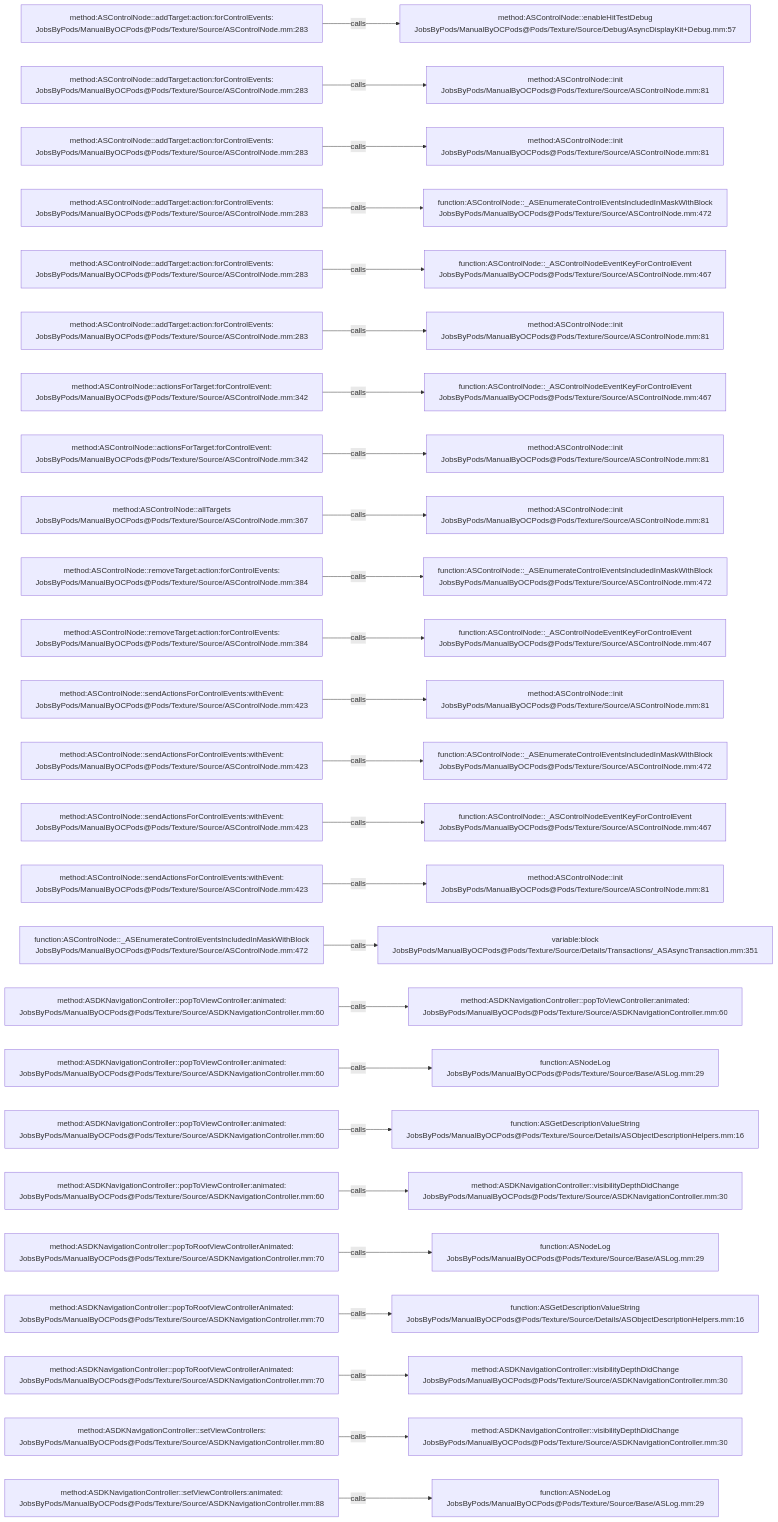
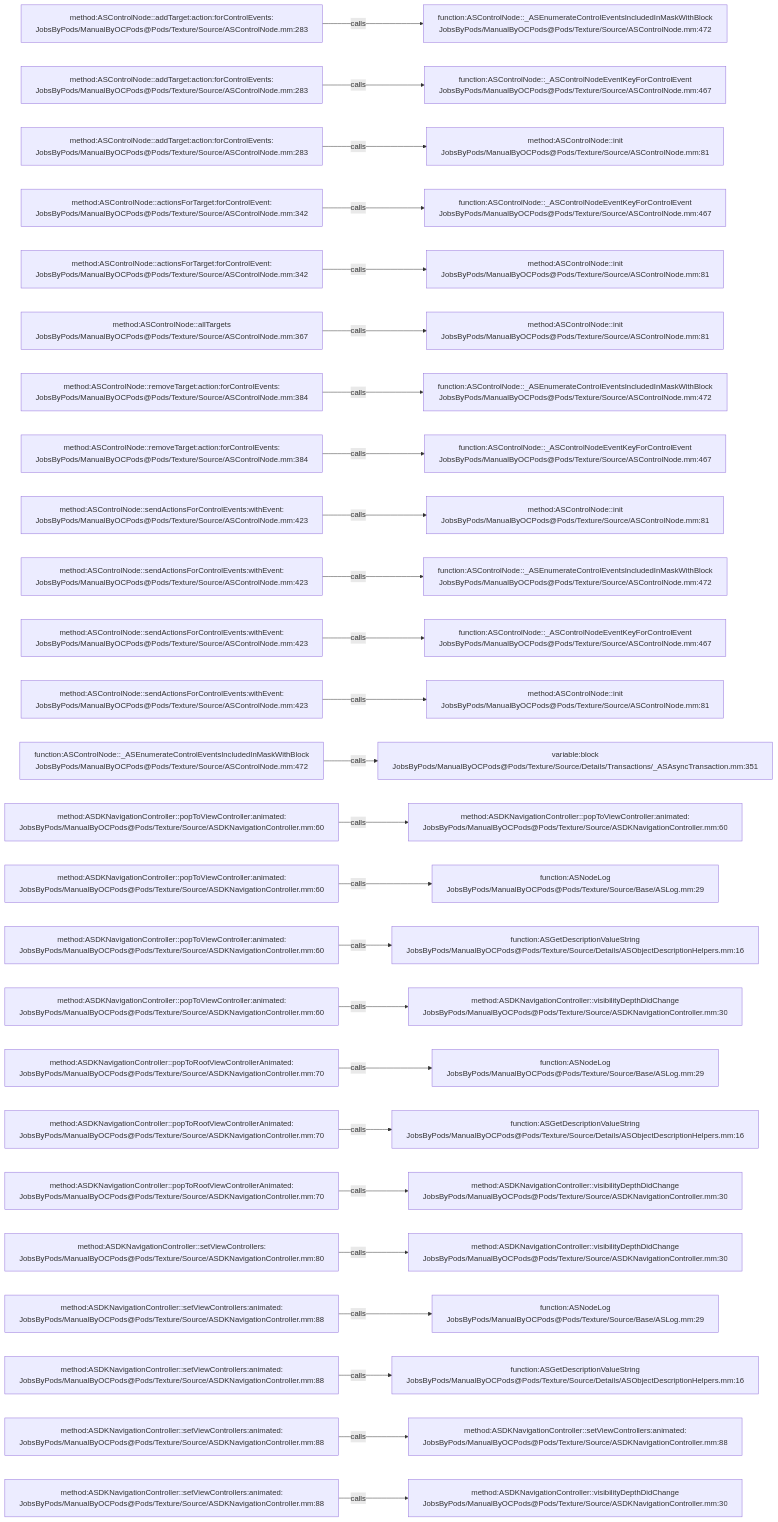
Before and after one commit to JobsKits/JobsOCBaseConfigDemo: the diagram in .codegraph/codegraph.md/graphs/calls-089.md, drawn with Mermaid. The commit also changed 342 other files, not shown here.

````diff
--- a/.codegraph/codegraph.md/graphs/calls-089.md
+++ b/.codegraph/codegraph.md/graphs/calls-089.md
@@ -13,78 +13,78 @@
 ```mermaid
 flowchart LR
   S1["method:ASControlNode::addTarget:action:forControlEvents:<br/>JobsByPods/ManualByOCPods@Pods/Texture/Source/ASControlNode.mm:283"]
-  T1["method:ASControlNode::enableHitTestDebug<br/>JobsByPods/ManualByOCPods@Pods/Texture/Source/Debug/AsyncDisplayKit+Debug.mm:57"]
+  T1["function:ASControlNode::_ASEnumerateControlEventsIncludedInMaskWithBlock<br/>JobsByPods/ManualByOCPods@Pods/Texture/Source/ASControlNode.mm:472"]
   S1 -->|calls| T1
   S2["method:ASControlNode::addTarget:action:forControlEvents:<br/>JobsByPods/ManualByOCPods@Pods/Texture/Source/ASControlNode.mm:283"]
-  T2["method:ASControlNode::init<br/>JobsByPods/ManualByOCPods@Pods/Texture/Source/ASControlNode.mm:81"]
+  T2["function:ASControlNode::_ASControlNodeEventKeyForControlEvent<br/>JobsByPods/ManualByOCPods@Pods/Texture/Source/ASControlNode.mm:467"]
   S2 -->|calls| T2
   S3["method:ASControlNode::addTarget:action:forControlEvents:<br/>JobsByPods/ManualByOCPods@Pods/Texture/Source/ASControlNode.mm:283"]
   T3["method:ASControlNode::init<br/>JobsByPods/ManualByOCPods@Pods/Texture/Source/ASControlNode.mm:81"]
   S3 -->|calls| T3
-  S4["method:ASControlNode::addTarget:action:forControlEvents:<br/>JobsByPods/ManualByOCPods@Pods/Texture/Source/ASControlNode.mm:283"]
-  T4["function:ASControlNode::_ASEnumerateControlEventsIncludedInMaskWithBlock<br/>JobsByPods/ManualByOCPods@Pods/Texture/Source/ASControlNode.mm:472"]
+  S4["method:ASControlNode::actionsForTarget:forControlEvent:<br/>JobsByPods/ManualByOCPods@Pods/Texture/Source/ASControlNode.mm:342"]
+  T4["function:ASControlNode::_ASControlNodeEventKeyForControlEvent<br/>JobsByPods/ManualByOCPods@Pods/Texture/Source/ASControlNode.mm:467"]
   S4 -->|calls| T4
-  S5["method:ASControlNode::addTarget:action:forControlEvents:<br/>JobsByPods/ManualByOCPods@Pods/Texture/Source/ASControlNode.mm:283"]
-  T5["function:ASControlNode::_ASControlNodeEventKeyForControlEvent<br/>JobsByPods/ManualByOCPods@Pods/Texture/Source/ASControlNode.mm:467"]
+  S5["method:ASControlNode::actionsForTarget:forControlEvent:<br/>JobsByPods/ManualByOCPods@Pods/Texture/Source/ASControlNode.mm:342"]
+  T5["method:ASControlNode::init<br/>JobsByPods/ManualByOCPods@Pods/Texture/Source/ASControlNode.mm:81"]
   S5 -->|calls| T5
-  S6["method:ASControlNode::addTarget:action:forControlEvents:<br/>JobsByPods/ManualByOCPods@Pods/Texture/Source/ASControlNode.mm:283"]
+  S6["method:ASControlNode::allTargets<br/>JobsByPods/ManualByOCPods@Pods/Texture/Source/ASControlNode.mm:367"]
   T6["method:ASControlNode::init<br/>JobsByPods/ManualByOCPods@Pods/Texture/Source/ASControlNode.mm:81"]
   S6 -->|calls| T6
-  S7["method:ASControlNode::actionsForTarget:forControlEvent:<br/>JobsByPods/ManualByOCPods@Pods/Texture/Source/ASControlNode.mm:342"]
-  T7["function:ASControlNode::_ASControlNodeEventKeyForControlEvent<br/>JobsByPods/ManualByOCPods@Pods/Texture/Source/ASControlNode.mm:467"]
+  S7["method:ASControlNode::removeTarget:action:forControlEvents:<br/>JobsByPods/ManualByOCPods@Pods/Texture/Source/ASControlNode.mm:384"]
+  T7["function:ASControlNode::_ASEnumerateControlEventsIncludedInMaskWithBlock<br/>JobsByPods/ManualByOCPods@Pods/Texture/Source/ASControlNode.mm:472"]
   S7 -->|calls| T7
-  S8["method:ASControlNode::actionsForTarget:forControlEvent:<br/>JobsByPods/ManualByOCPods@Pods/Texture/Source/ASControlNode.mm:342"]
-  T8["method:ASControlNode::init<br/>JobsByPods/ManualByOCPods@Pods/Texture/Source/ASControlNode.mm:81"]
+  S8["method:ASControlNode::removeTarget:action:forControlEvents:<br/>JobsByPods/ManualByOCPods@Pods/Texture/Source/ASControlNode.mm:384"]
+  T8["function:ASControlNode::_ASControlNodeEventKeyForControlEvent<br/>JobsByPods/ManualByOCPods@Pods/Texture/Source/ASControlNode.mm:467"]
   S8 -->|calls| T8
-  S9["method:ASControlNode::allTargets<br/>JobsByPods/ManualByOCPods@Pods/Texture/Source/ASControlNode.mm:367"]
+  S9["method:ASControlNode::sendActionsForControlEvents:withEvent:<br/>JobsByPods/ManualByOCPods@Pods/Texture/Source/ASControlNode.mm:423"]
   T9["method:ASControlNode::init<br/>JobsByPods/ManualByOCPods@Pods/Texture/Source/ASControlNode.mm:81"]
   S9 -->|calls| T9
-  S10["method:ASControlNode::removeTarget:action:forControlEvents:<br/>JobsByPods/ManualByOCPods@Pods/Texture/Source/ASControlNode.mm:384"]
+  S10["method:ASControlNode::sendActionsForControlEvents:withEvent:<br/>JobsByPods/ManualByOCPods@Pods/Texture/Source/ASControlNode.mm:423"]
   T10["function:ASControlNode::_ASEnumerateControlEventsIncludedInMaskWithBlock<br/>JobsByPods/ManualByOCPods@Pods/Texture/Source/ASControlNode.mm:472"]
   S10 -->|calls| T10
-  S11["method:ASControlNode::removeTarget:action:forControlEvents:<br/>JobsByPods/ManualByOCPods@Pods/Texture/Source/ASControlNode.mm:384"]
+  S11["method:ASControlNode::sendActionsForControlEvents:withEvent:<br/>JobsByPods/ManualByOCPods@Pods/Texture/Source/ASControlNode.mm:423"]
   T11["function:ASControlNode::_ASControlNodeEventKeyForControlEvent<br/>JobsByPods/ManualByOCPods@Pods/Texture/Source/ASControlNode.mm:467"]
   S11 -->|calls| T11
   S12["method:ASControlNode::sendActionsForControlEvents:withEvent:<br/>JobsByPods/ManualByOCPods@Pods/Texture/Source/ASControlNode.mm:423"]
   T12["method:ASControlNode::init<br/>JobsByPods/ManualByOCPods@Pods/Texture/Source/ASControlNode.mm:81"]
   S12 -->|calls| T12
-  S13["method:ASControlNode::sendActionsForControlEvents:withEvent:<br/>JobsByPods/ManualByOCPods@Pods/Texture/Source/ASControlNode.mm:423"]
-  T13["function:ASControlNode::_ASEnumerateControlEventsIncludedInMaskWithBlock<br/>JobsByPods/ManualByOCPods@Pods/Texture/Source/ASControlNode.mm:472"]
+  S13["function:ASControlNode::_ASEnumerateControlEventsIncludedInMaskWithBlock<br/>JobsByPods/ManualByOCPods@Pods/Texture/Source/ASControlNode.mm:472"]
+  T13["variable:block<br/>JobsByPods/ManualByOCPods@Pods/Texture/Source/Details/Transactions/_ASAsyncTransaction.mm:351"]
   S13 -->|calls| T13
-  S14["method:ASControlNode::sendActionsForControlEvents:withEvent:<br/>JobsByPods/ManualByOCPods@Pods/Texture/Source/ASControlNode.mm:423"]
-  T14["function:ASControlNode::_ASControlNodeEventKeyForControlEvent<br/>JobsByPods/ManualByOCPods@Pods/Texture/Source/ASControlNode.mm:467"]
+  S14["method:ASDKNavigationController::popToViewController:animated:<br/>JobsByPods/ManualByOCPods@Pods/Texture/Source/ASDKNavigationController.mm:60"]
+  T14["method:ASDKNavigationController::popToViewController:animated:<br/>JobsByPods/ManualByOCPods@Pods/Texture/Source/ASDKNavigationController.mm:60"]
   S14 -->|calls| T14
-  S15["method:ASControlNode::sendActionsForControlEvents:withEvent:<br/>JobsByPods/ManualByOCPods@Pods/Texture/Source/ASControlNode.mm:423"]
-  T15["method:ASControlNode::init<br/>JobsByPods/ManualByOCPods@Pods/Texture/Source/ASControlNode.mm:81"]
+  S15["method:ASDKNavigationController::popToViewController:animated:<br/>JobsByPods/ManualByOCPods@Pods/Texture/Source/ASDKNavigationController.mm:60"]
+  T15["function:ASNodeLog<br/>JobsByPods/ManualByOCPods@Pods/Texture/Source/Base/ASLog.mm:29"]
   S15 -->|calls| T15
-  S16["function:ASControlNode::_ASEnumerateControlEventsIncludedInMaskWithBlock<br/>JobsByPods/ManualByOCPods@Pods/Texture/Source/ASControlNode.mm:472"]
-  T16["variable:block<br/>JobsByPods/ManualByOCPods@Pods/Texture/Source/Details/Transactions/_ASAsyncTransaction.mm:351"]
+  S16["method:ASDKNavigationController::popToViewController:animated:<br/>JobsByPods/ManualByOCPods@Pods/Texture/Source/ASDKNavigationController.mm:60"]
+  T16["function:ASGetDescriptionValueString<br/>JobsByPods/ManualByOCPods@Pods/Texture/Source/Details/ASObjectDescriptionHelpers.mm:16"]
   S16 -->|calls| T16
   S17["method:ASDKNavigationController::popToViewController:animated:<br/>JobsByPods/ManualByOCPods@Pods/Texture/Source/ASDKNavigationController.mm:60"]
-  T17["method:ASDKNavigationController::popToViewController:animated:<br/>JobsByPods/ManualByOCPods@Pods/Texture/Source/ASDKNavigationController.mm:60"]
+  T17["method:ASDKNavigationController::visibilityDepthDidChange<br/>JobsByPods/ManualByOCPods@Pods/Texture/Source/ASDKNavigationController.mm:30"]
   S17 -->|calls| T17
-  S18["method:ASDKNavigationController::popToViewController:animated:<br/>JobsByPods/ManualByOCPods@Pods/Texture/Source/ASDKNavigationController.mm:60"]
+  S18["method:ASDKNavigationController::popToRootViewControllerAnimated:<br/>JobsByPods/ManualByOCPods@Pods/Texture/Source/ASDKNavigationController.mm:70"]
   T18["function:ASNodeLog<br/>JobsByPods/ManualByOCPods@Pods/Texture/Source/Base/ASLog.mm:29"]
   S18 -->|calls| T18
-  S19["method:ASDKNavigationController::popToViewController:animated:<br/>JobsByPods/ManualByOCPods@Pods/Texture/Source/ASDKNavigationController.mm:60"]
+  S19["method:ASDKNavigationController::popToRootViewControllerAnimated:<br/>JobsByPods/ManualByOCPods@Pods/Texture/Source/ASDKNavigationController.mm:70"]
   T19["function:ASGetDescriptionValueString<br/>JobsByPods/ManualByOCPods@Pods/Texture/Source/Details/ASObjectDescriptionHelpers.mm:16"]
   S19 -->|calls| T19
-  S20["method:ASDKNavigationController::popToViewController:animated:<br/>JobsByPods/ManualByOCPods@Pods/Texture/Source/ASDKNavigationController.mm:60"]
+  S20["method:ASDKNavigationController::popToRootViewControllerAnimated:<br/>JobsByPods/ManualByOCPods@Pods/Texture/Source/ASDKNavigationController.mm:70"]
   T20["method:ASDKNavigationController::visibilityDepthDidChange<br/>JobsByPods/ManualByOCPods@Pods/Texture/Source/ASDKNavigationController.mm:30"]
   S20 -->|calls| T20
-  S21["method:ASDKNavigationController::popToRootViewControllerAnimated:<br/>JobsByPods/ManualByOCPods@Pods/Texture/Source/ASDKNavigationController.mm:70"]
-  T21["function:ASNodeLog<br/>JobsByPods/ManualByOCPods@Pods/Texture/Source/Base/ASLog.mm:29"]
+  S21["method:ASDKNavigationController::setViewControllers:<br/>JobsByPods/ManualByOCPods@Pods/Texture/Source/ASDKNavigationController.mm:80"]
+  T21["method:ASDKNavigationController::visibilityDepthDidChange<br/>JobsByPods/ManualByOCPods@Pods/Texture/Source/ASDKNavigationController.mm:30"]
   S21 -->|calls| T21
-  S22["method:ASDKNavigationController::popToRootViewControllerAnimated:<br/>JobsByPods/ManualByOCPods@Pods/Texture/Source/ASDKNavigationController.mm:70"]
-  T22["function:ASGetDescriptionValueString<br/>JobsByPods/ManualByOCPods@Pods/Texture/Source/Details/ASObjectDescriptionHelpers.mm:16"]
+  S22["method:ASDKNavigationController::setViewControllers:animated:<br/>JobsByPods/ManualByOCPods@Pods/Texture/Source/ASDKNavigationController.mm:88"]
+  T22["function:ASNodeLog<br/>JobsByPods/ManualByOCPods@Pods/Texture/Source/Base/ASLog.mm:29"]
   S22 -->|calls| T22
-  S23["method:ASDKNavigationController::popToRootViewControllerAnimated:<br/>JobsByPods/ManualByOCPods@Pods/Texture/Source/ASDKNavigationController.mm:70"]
-  T23["method:ASDKNavigationController::visibilityDepthDidChange<br/>JobsByPods/ManualByOCPods@Pods/Texture/Source/ASDKNavigationController.mm:30"]
+  S23["method:ASDKNavigationController::setViewControllers:animated:<br/>JobsByPods/ManualByOCPods@Pods/Texture/Source/ASDKNavigationController.mm:88"]
+  T23["function:ASGetDescriptionValueString<br/>JobsByPods/ManualByOCPods@Pods/Texture/Source/Details/ASObjectDescriptionHelpers.mm:16"]
   S23 -->|calls| T23
-  S24["method:ASDKNavigationController::setViewControllers:<br/>JobsByPods/ManualByOCPods@Pods/Texture/Source/ASDKNavigationController.mm:80"]
-  T24["method:ASDKNavigationController::visibilityDepthDidChange<br/>JobsByPods/ManualByOCPods@Pods/Texture/Source/ASDKNavigationController.mm:30"]
+  S24["method:ASDKNavigationController::setViewControllers:animated:<br/>JobsByPods/ManualByOCPods@Pods/Texture/Source/ASDKNavigationController.mm:88"]
+  T24["method:ASDKNavigationController::setViewControllers:animated:<br/>JobsByPods/ManualByOCPods@Pods/Texture/Source/ASDKNavigationController.mm:88"]
   S24 -->|calls| T24
   S25["method:ASDKNavigationController::setViewControllers:animated:<br/>JobsByPods/ManualByOCPods@Pods/Texture/Source/ASDKNavigationController.mm:88"]
-  T25["function:ASNodeLog<br/>JobsByPods/ManualByOCPods@Pods/Texture/Source/Base/ASLog.mm:29"]
+  T25["method:ASDKNavigationController::visibilityDepthDidChange<br/>JobsByPods/ManualByOCPods@Pods/Texture/Source/ASDKNavigationController.mm:30"]
   S25 -->|calls| T25
 ```
````
